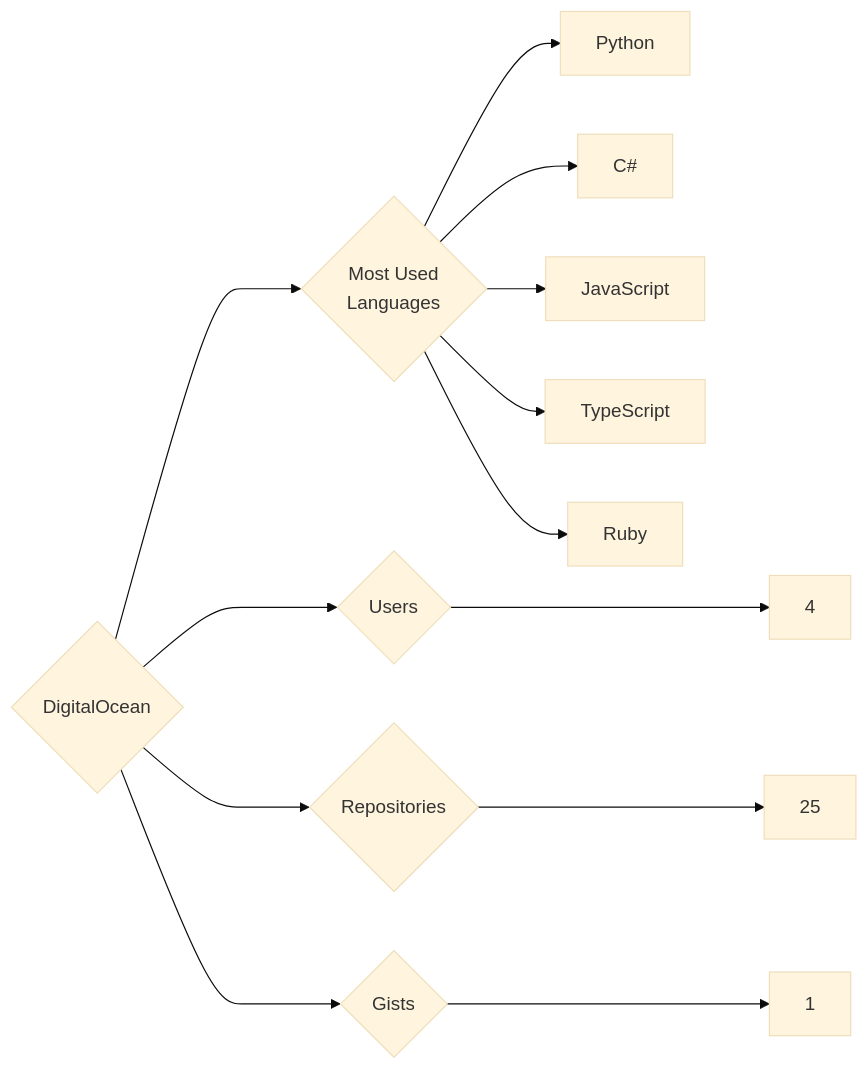
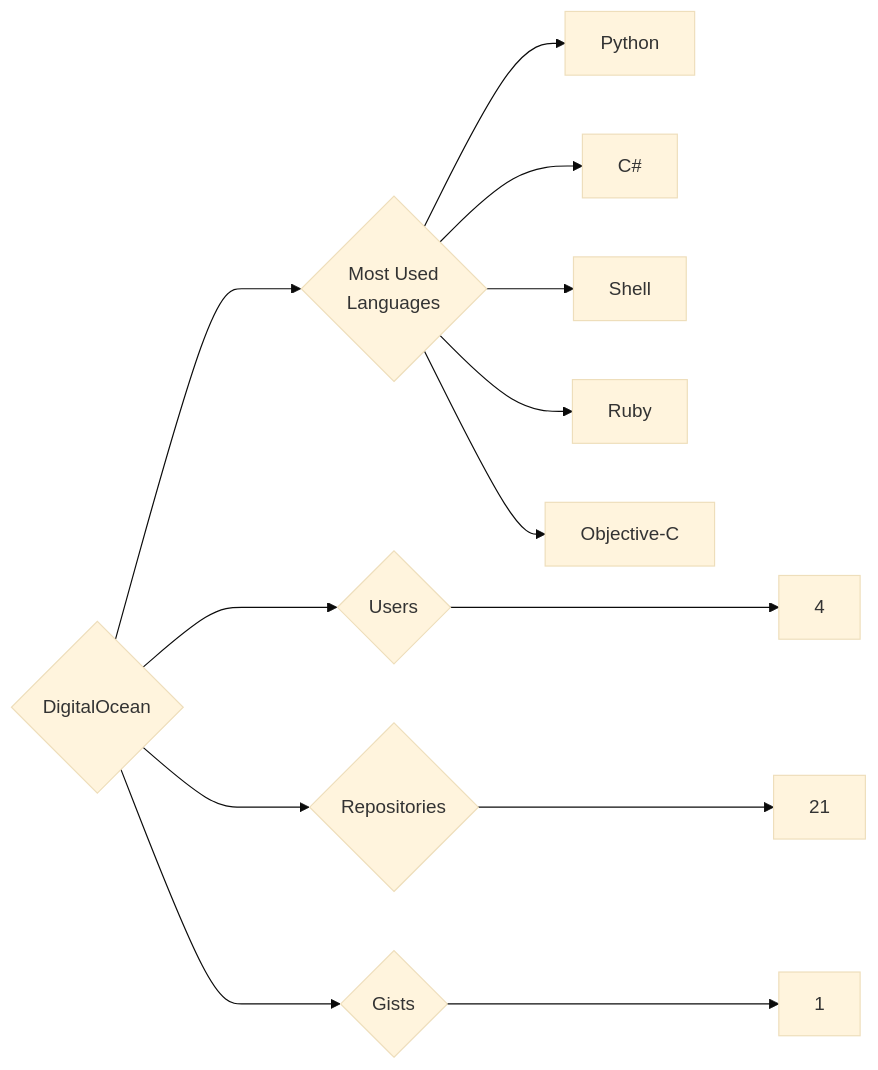
One commit to trickest/insiders changed the diagram in targets/DigitalOcean/README.md. Above: the diagram before and after it, drawn with Mermaid (base theme). The commit also changed 1088 other files, not shown here.

````diff
--- a/targets/DigitalOcean/README.md
+++ b/targets/DigitalOcean/README.md
@@ -3,13 +3,13 @@
 ```mermaid
 graph LR
 COMPANY_NAME{DigitalOcean}
 COMPANY_NAME ---> U{Users} ---> UN[4]
-COMPANY_NAME ---> R{Repositories} ---> RN[25]
+COMPANY_NAME ---> R{Repositories} ---> RN[21]
 COMPANY_NAME ---> G{Gists} ---> GN[1]
 COMPANY_NAME ---> ML{Most Used<br>Languages}
 ML --> Python[Python]
 ML --> C#[C#]
-ML --> JavaScript[JavaScript]
-ML --> TypeScript[TypeScript]
+ML --> Shell[Shell]
 ML --> Ruby[Ruby]
+ML --> Objective-C[Objective-C]
 ```
````
